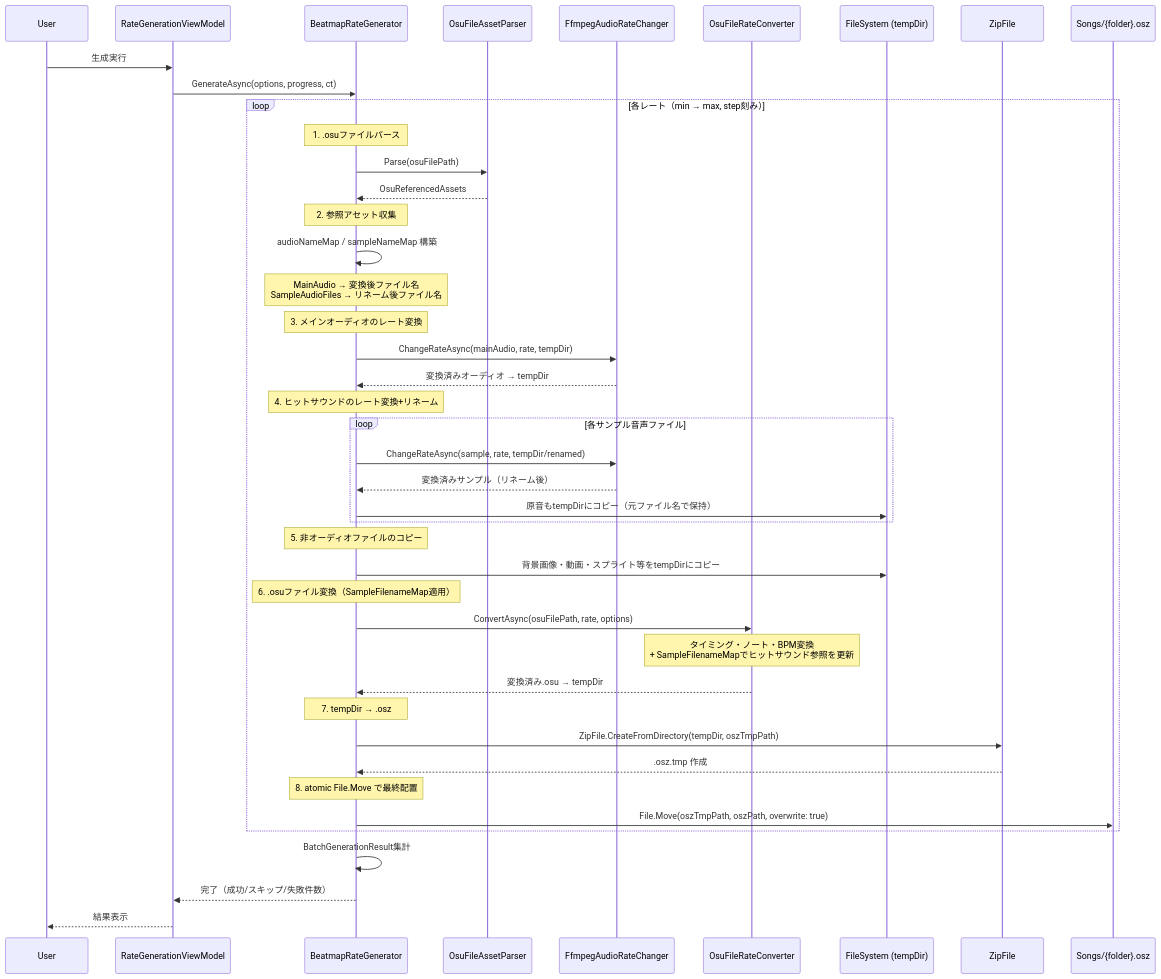
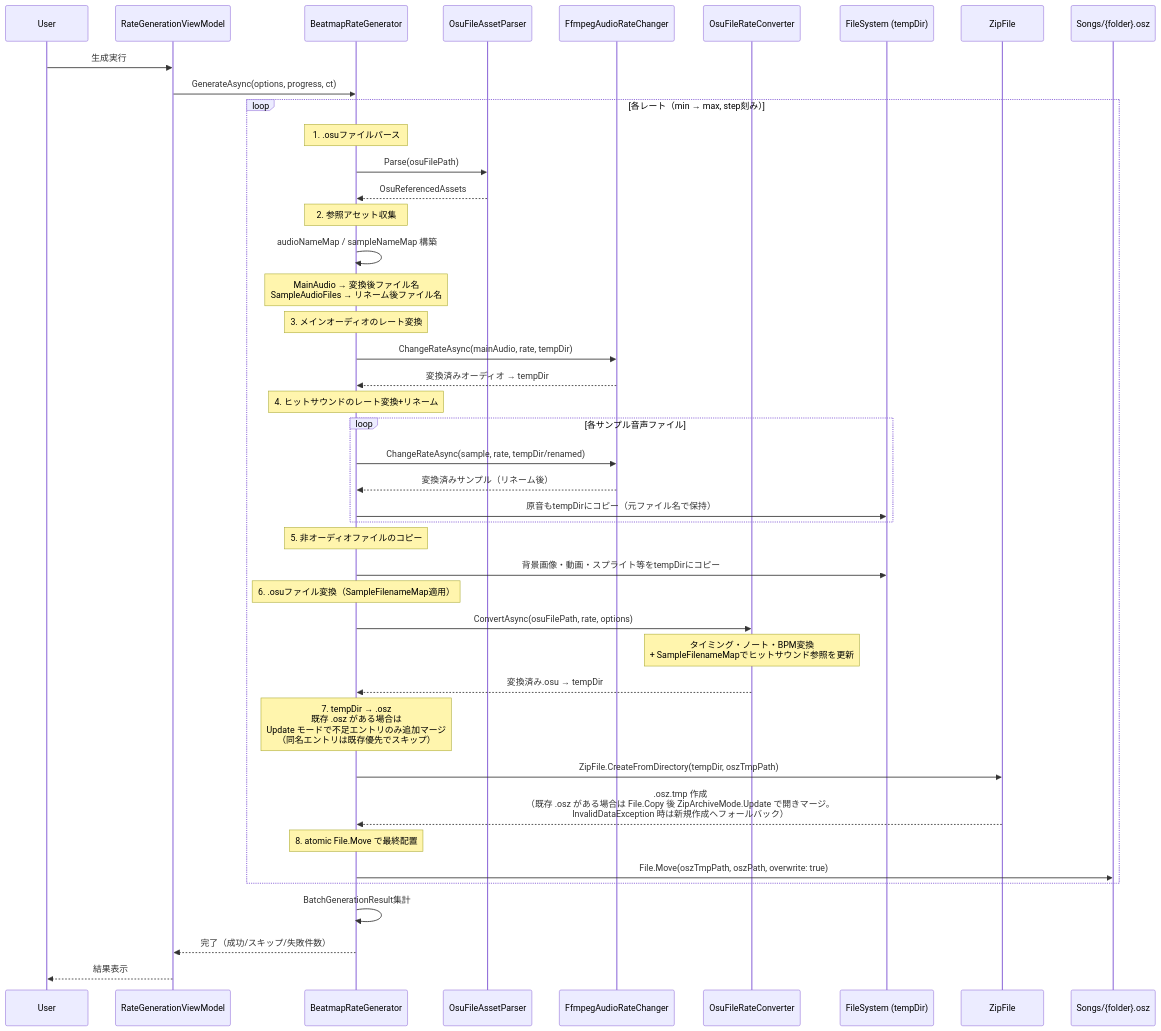
One commit to rice5941/NakuruTool_Avalonia_AOT changed diagram 21 of 21 in docs/DATA_FLOW.md. Above: the diagram before and after it, drawn with Mermaid. The commit also changed other lines of this file and 3 other files, not shown here.

````diff
--- a/docs/DATA_FLOW.md
+++ b/docs/DATA_FLOW.md
@@ -808,55 +808,55 @@
 ```mermaid
 sequenceDiagram
     participant User
     participant VM as RateGenerationViewModel
     participant BRG as BeatmapRateGenerator
     participant OFAP as OsuFileAssetParser
     participant ARC as FfmpegAudioRateChanger
     participant OFC as OsuFileRateConverter
     participant FS as FileSystem (tempDir)
     participant ZIP as ZipFile
     participant Songs as Songs/{folder}.osz
 
     User->>VM: 生成実行
     VM->>BRG: GenerateAsync(options, progress, ct)
 
     loop 各レート（min → max, step刻み）
         Note over BRG: 1. .osuファイルパース
         BRG->>OFAP: Parse(osuFilePath)
         OFAP-->>BRG: OsuReferencedAssets
 
         Note over BRG: 2. 参照アセット収集
         BRG->>BRG: audioNameMap / sampleNameMap 構築
         Note over BRG: MainAudio → 変換後ファイル名<br/>SampleAudioFiles → リネーム後ファイル名
 
         Note over BRG: 3. メインオーディオのレート変換
         BRG->>ARC: ChangeRateAsync(mainAudio, rate, tempDir)
         ARC-->>BRG: 変換済みオーディオ → tempDir
 
         Note over BRG: 4. ヒットサウンドのレート変換+リネーム
         loop 各サンプル音声ファイル
             BRG->>ARC: ChangeRateAsync(sample, rate, tempDir/renamed)
             ARC-->>BRG: 変換済みサンプル（リネーム後）
             BRG->>FS: 原音もtempDirにコピー（元ファイル名で保持）
         end
 
         Note over BRG: 5. 非オーディオファイルのコピー
         BRG->>FS: 背景画像・動画・スプライト等をtempDirにコピー
 
         Note over BRG: 6. .osuファイル変換（SampleFilenameMap適用）
         BRG->>OFC: ConvertAsync(osuFilePath, rate, options)
         Note over OFC: タイミング・ノート・BPM変換<br/>+ SampleFilenameMapでヒットサウンド参照を更新
         OFC-->>BRG: 変換済み.osu → tempDir
 
-        Note over BRG: 7. tempDir → .osz
+        Note over BRG: 7. tempDir → .osz<br/>既存 .osz がある場合は<br/>Update モードで不足エントリのみ追加マージ<br/>（同名エントリは既存優先でスキップ）
         BRG->>ZIP: ZipFile.CreateFromDirectory(tempDir, oszTmpPath)
-        ZIP-->>BRG: .osz.tmp 作成
+        ZIP-->>BRG: .osz.tmp 作成<br/>（既存 .osz がある場合は File.Copy 後 ZipArchiveMode.Update で開きマージ。<br/>InvalidDataException 時は新規作成へフォールバック）
 
         Note over BRG: 8. atomic File.Move で最終配置
         BRG->>Songs: File.Move(oszTmpPath, oszPath, overwrite: true)
     end
 
     BRG->>BRG: BatchGenerationResult集計
     BRG-->>VM: 完了（成功/スキップ/失敗件数）
     VM-->>User: 結果表示
 ```
````
